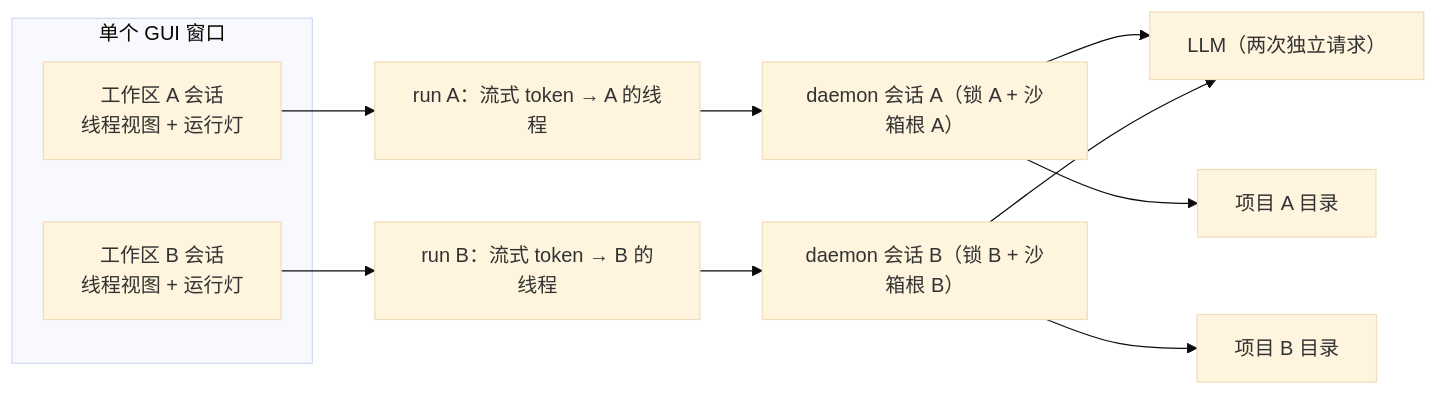
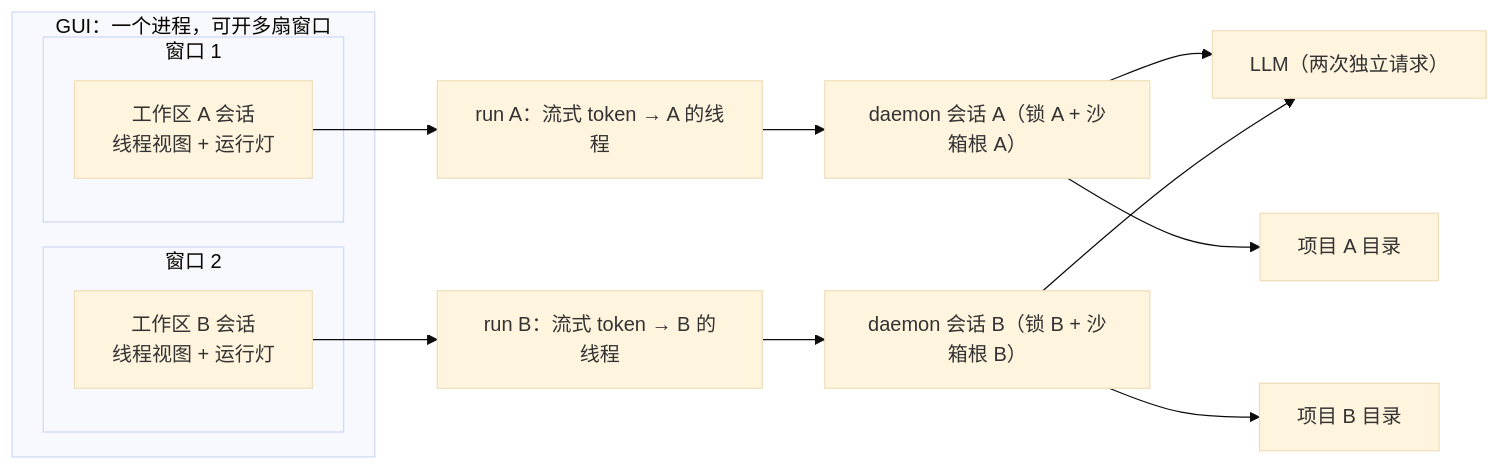
One commit to longer1225/IwanClaude changed the second of 2 diagrams in 项目学习图/17-质量评估-多工作区并行能力.md. Above: the diagram before and after it, drawn with Mermaid (base theme). The commit also changed other lines of this file and 9 other files, not shown here.

````diff
--- a/项目学习图/17-质量评估-多工作区并行能力.md
+++ b/项目学习图/17-质量评估-多工作区并行能力.md
@@ -111,15 +121,19 @@
 ```mermaid
 flowchart LR
-    subgraph W["单个 GUI 窗口"]
-        TA["工作区 A 会话<br/>线程视图 + 运行灯"]
-        TB["工作区 B 会话<br/>线程视图 + 运行灯"]
+    subgraph W["GUI：一个进程，可开多扇窗口"]
+        subgraph W1["窗口 1"]
+            TA["工作区 A 会话<br/>线程视图 + 运行灯"]
+        end
+        subgraph W2["窗口 2"]
+            TB["工作区 B 会话<br/>线程视图 + 运行灯"]
+        end
     end
     TA --> RA["run A：流式 token → A 的线程"]
     TB --> RB["run B：流式 token → B 的线程"]
     RA --> SA["daemon 会话 A（锁 A + 沙箱根 A）"]
     RB --> SB["daemon 会话 B（锁 B + 沙箱根 B）"]
     SA --> LLM["LLM（两次独立请求）"]
     SB --> LLM
     SA --> FS1["项目 A 目录"]
     SB --> FS2["项目 B 目录"]
 ```
````
